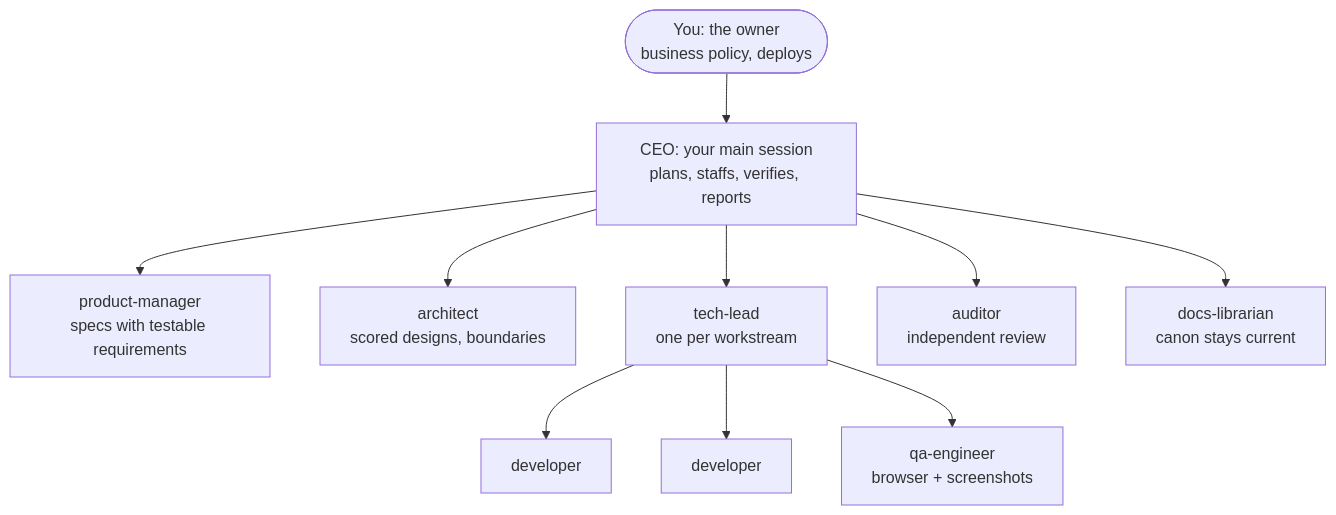
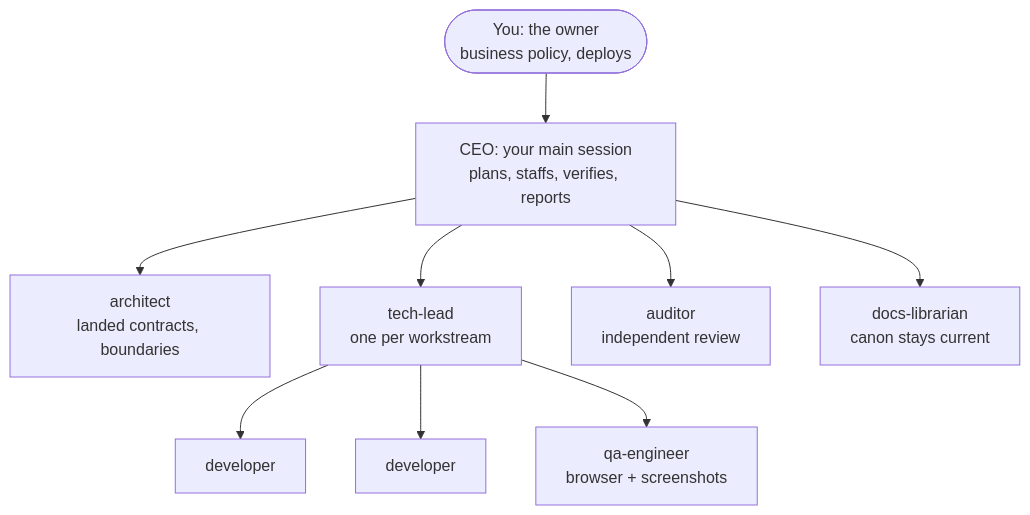
One commit to devmesh-in/claude-company changed the second of 2 diagrams in README.md. Above: the diagram before and after it, drawn with Mermaid. The commit also changed other lines of this file and 25 other files, not shown here.

````diff
--- a/README.md
+++ b/README.md
@@ -118,12 +118,11 @@
 ```mermaid
 flowchart TD
     YOU(["You: the owner<br>business policy, deploys"]) --> CEO["CEO: your main session<br>plans, staffs, verifies, reports"]
-    CEO --> PM["product-manager<br>specs with testable requirements"]
-    CEO --> AR["architect<br>scored designs, boundaries"]
+    CEO --> AR["architect<br>landed contracts, boundaries"]
     CEO --> TL["tech-lead<br>one per workstream"]
     CEO --> AU["auditor<br>independent review"]
     CEO --> DL["docs-librarian<br>canon stays current"]
     TL --> D1["developer"]
     TL --> D2["developer"]
     TL --> QA["qa-engineer<br>browser + screenshots"]
 ```
````
